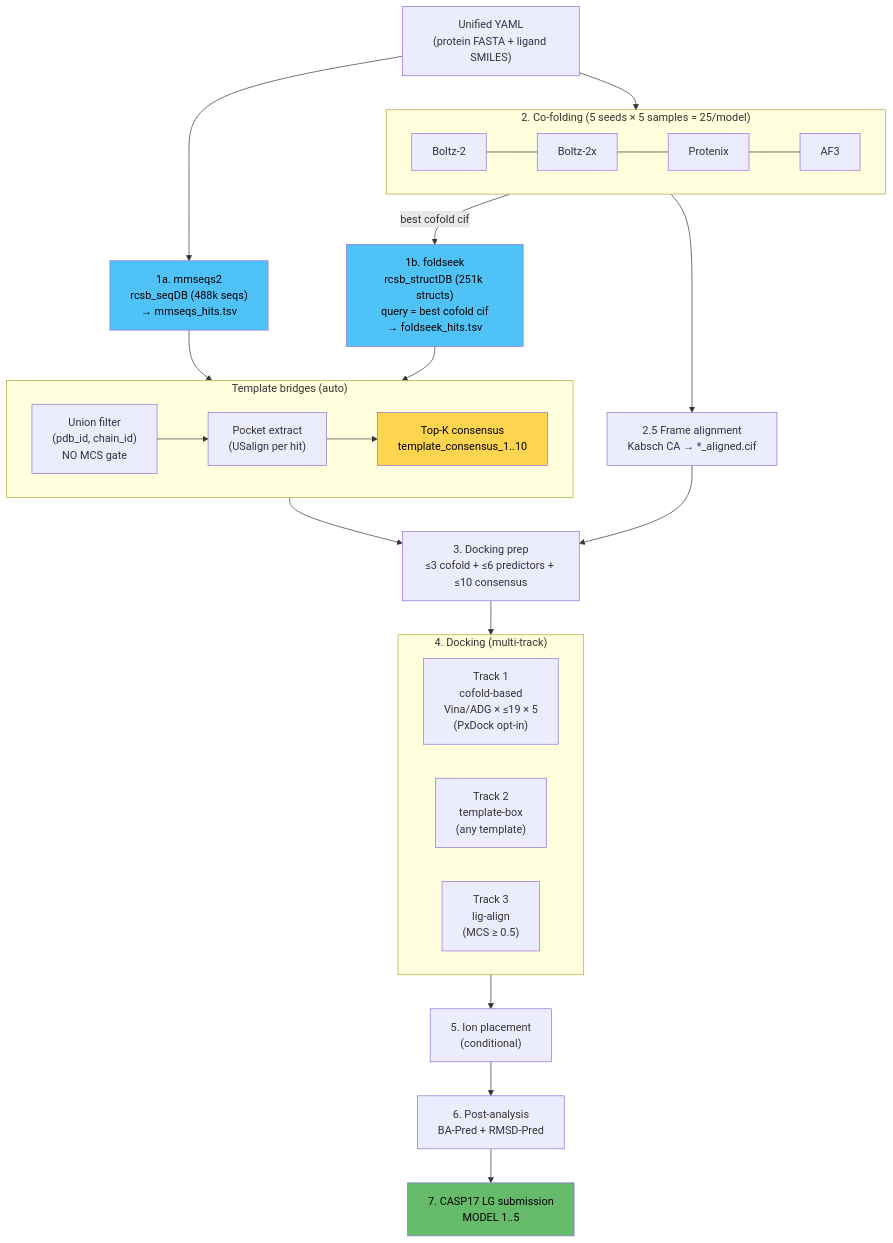
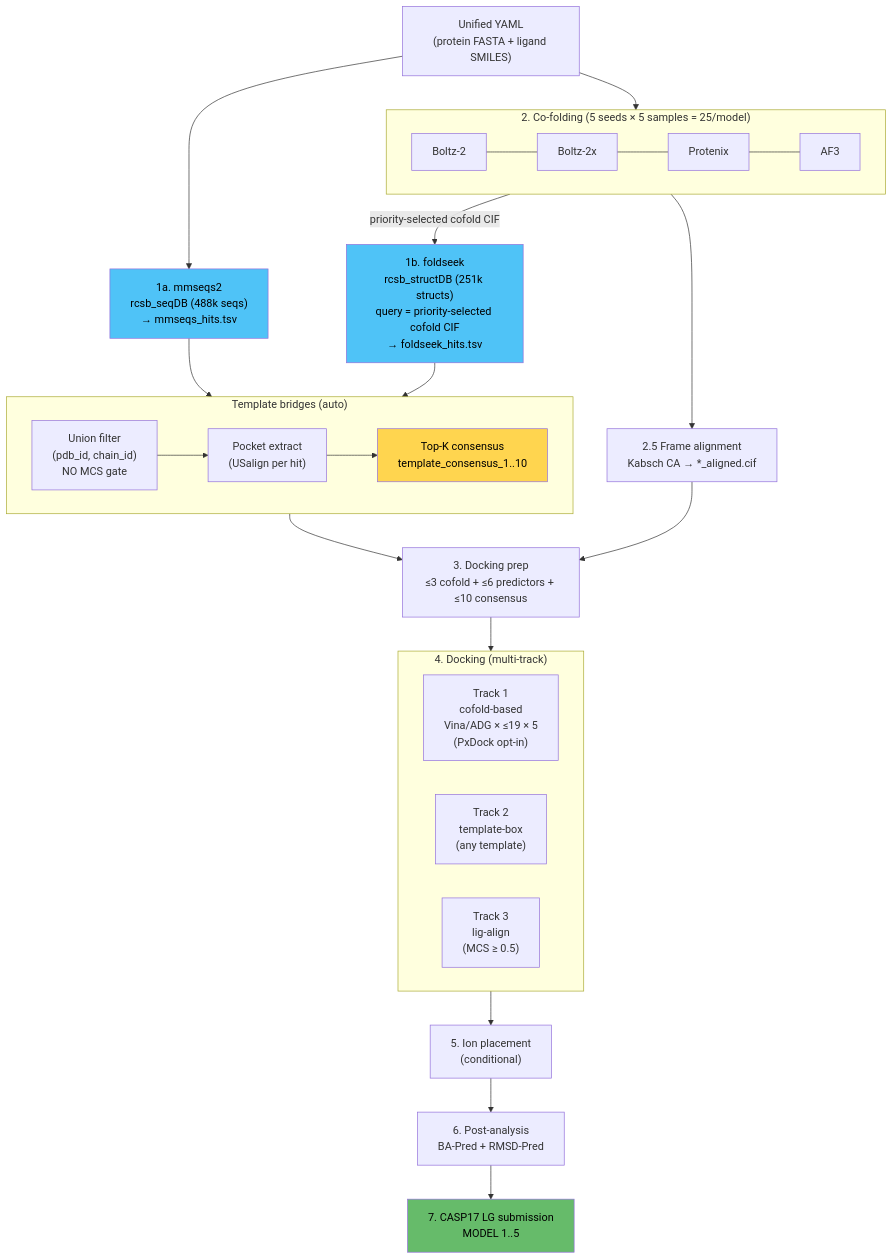
The first of 4 diagrams in docs/pipeline.md (eightmm/mosaic-pl), drawn with Mermaid before and after one commit. The commit also changed other lines of this file and 4 other files, not shown here.

````diff
--- a/docs/pipeline.md
+++ b/docs/pipeline.md
@@ -11,50 +11,50 @@
 ```mermaid
 flowchart TB
     INPUT["Unified YAML\n(protein FASTA + ligand SMILES)"]
 
     MM["1a. mmseqs2\nrcsb_seqDB (488k seqs)\n→ mmseqs_hits.tsv"]
 
     subgraph S2["2. Co-folding (5 seeds × 5 samples = 25/model)"]
         direction LR
         B2["Boltz-2"] --- B2X["Boltz-2x"] --- PTX["Protenix"] --- AF3["AF3"]
     end
 
-    FS["1b. foldseek\nrcsb_structDB (251k structs)\nquery = best cofold cif\n→ foldseek_hits.tsv"]
+    FS["1b. foldseek\nrcsb_structDB (251k structs)\nquery = priority-selected cofold CIF\n→ foldseek_hits.tsv"]
 
     subgraph SB["Template bridges (auto)"]
         direction LR
         F1["Union filter\n(pdb_id, chain_id)\nNO MCS gate"] --> F2["Pocket extract\n(USalign per hit)"] --> F3["Top-K consensus\ntemplate_consensus_1..10"]
     end
 
     AL["2.5 Frame alignment\nKabsch CA → *_aligned.cif"]
     PREP["3. Docking prep\n≤3 cofold + ≤6 predictors + ≤10 consensus"]
 
     subgraph S5["4. Docking (multi-track)"]
         direction LR
         T1["Track 1\ncofold-based\nVina/ADG × ≤19 × 5\n(PxDock opt-in)"]
         T2["Track 2\ntemplate-box\n(any template)"]
         T3["Track 3\nlig-align\n(MCS ≥ 0.5)"]
     end
 
     ION["5. Ion placement\n(conditional)"]
     POST["6. Post-analysis\nBA-Pred + RMSD-Pred"]
     LG["7. CASP17 LG submission\nMODEL 1..5"]
 
     INPUT --> MM
     INPUT --> S2
-    S2 -->|"best cofold cif"| FS
+    S2 -->|"priority-selected cofold CIF"| FS
     MM --> SB
     FS --> SB
     S2 --> AL
     SB --> PREP
     AL --> PREP
     PREP --> S5
     S5 --> ION
     ION --> POST
     POST --> LG
 
     style MM fill:#4fc3f7,color:#000
     style FS fill:#4fc3f7,color:#000
     style F3 fill:#ffd54f,color:#000
     style LG fill:#66bb6a,color:#000
 ```
````
